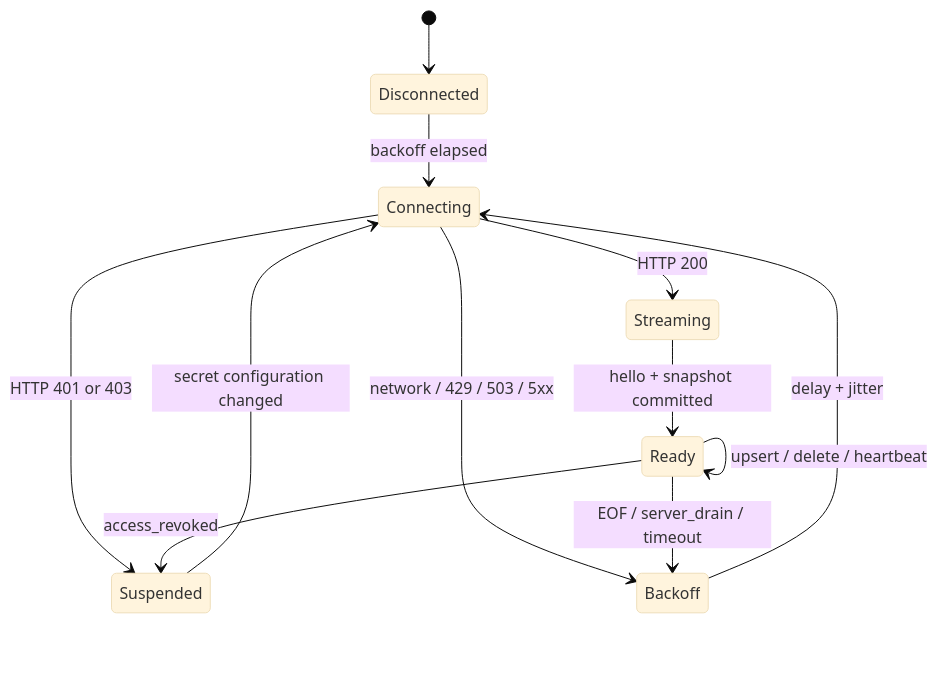
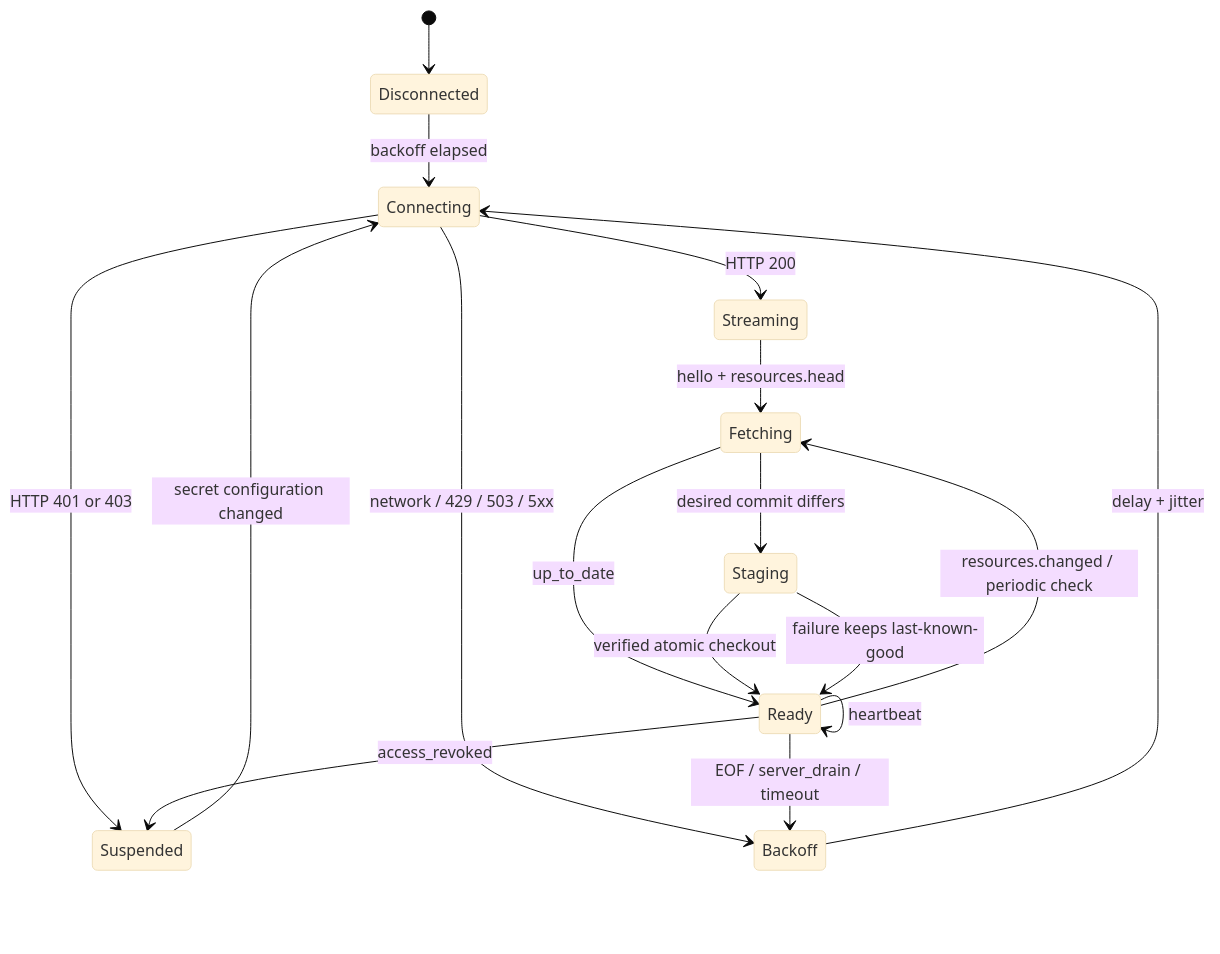
The second of 2 diagrams in docs/evoflux-integration.md (evoelsewhere/evo-conductor), drawn with Mermaid (base theme) before and after one commit. The commit also changed other lines of this file and 4 other files, not shown here.

Commit message:
docs(integration): define atomic resource checkout

````diff
--- a/docs/evoflux-integration.md
+++ b/docs/evoflux-integration.md
@@ -71,14 +76,19 @@
 ```mermaid
 stateDiagram-v2
     [*] --> Disconnected
     Disconnected --> Connecting: backoff elapsed
     Connecting --> Streaming: HTTP 200
     Connecting --> Suspended: HTTP 401 or 403
     Connecting --> Backoff: network / 429 / 503 / 5xx
-    Streaming --> Ready: hello + snapshot committed
-    Ready --> Ready: upsert / delete / heartbeat
+    Streaming --> Fetching: hello + resources.head
+    Fetching --> Staging: desired commit differs
+    Fetching --> Ready: up_to_date
+    Staging --> Ready: verified atomic checkout
+    Staging --> Ready: failure keeps last-known-good
+    Ready --> Fetching: resources.changed / periodic check
+    Ready --> Ready: heartbeat
     Ready --> Backoff: EOF / server_drain / timeout
     Ready --> Suspended: access_revoked
     Backoff --> Connecting: delay + jitter
     Suspended --> Connecting: secret configuration changed
 ```
````
